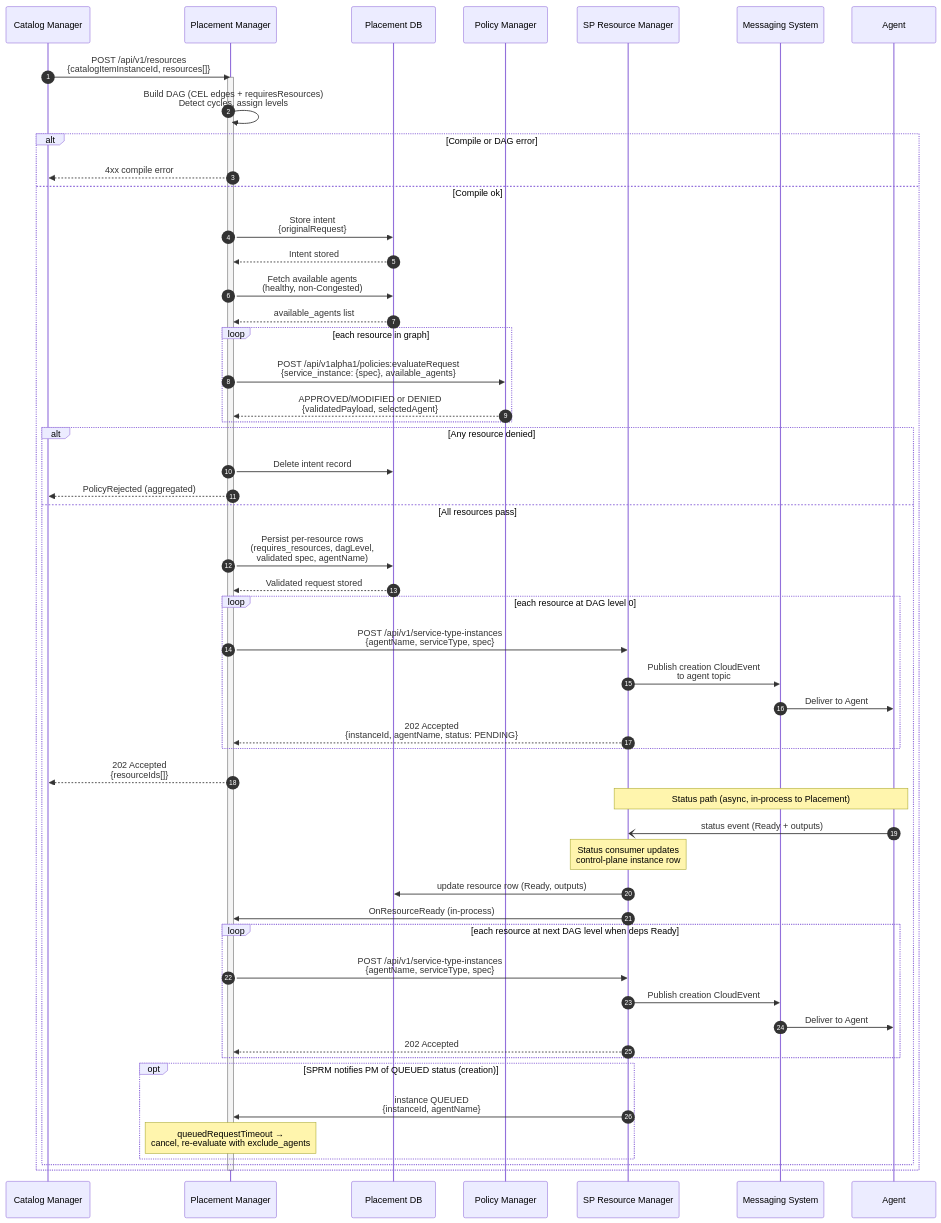
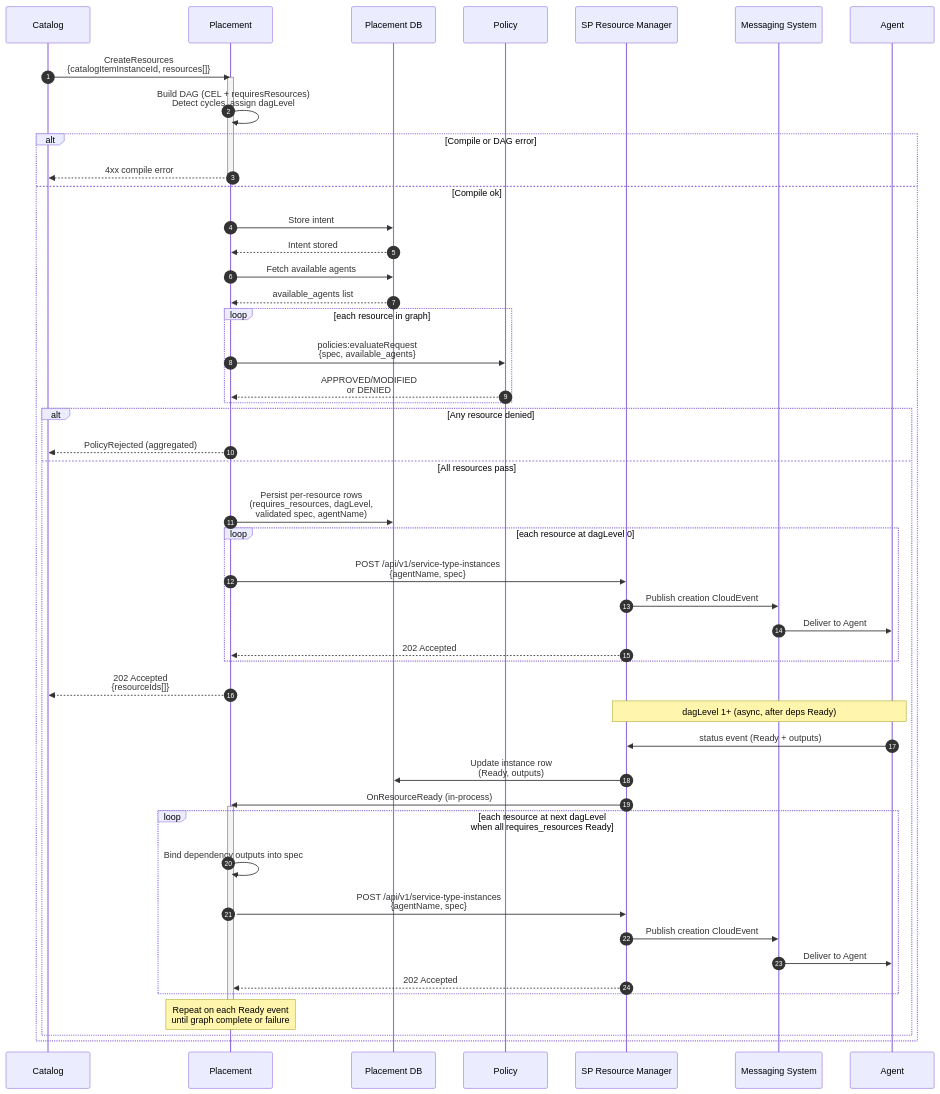
Before and after one commit to dcm-project/enhancements: the third of 4 diagrams in enhancements/placement-manager/placement-manager.md, drawn with Mermaid. The commit also changed other lines of this file, not shown here.

Commit message:
Update sequence diagram and future work Assisted-By: Cursor AI

````diff
--- a/enhancements/placement-manager/placement-manager.md
+++ b/enhancements/placement-manager/placement-manager.md
@@ -419,68 +497,66 @@
 ```mermaid
 sequenceDiagram
     autonumber
-    participant CM as Catalog Manager
-    participant PM as Placement Manager
+    participant CM as Catalog
+    participant PM as Placement
     participant DB as Placement DB
-    participant PE as Policy Manager
+    participant PE as Policy
     participant SPRM as SP Resource Manager
     participant MS as Messaging System
     participant AG as Agent
 
-    CM->>PM: POST /api/v1/resources<br/>{catalogItemInstanceId, resources[]}
+    CM->>PM: CreateResources<br/>{catalogItemInstanceId, resources[]}
     activate PM
 
-    PM->>PM: Build DAG (CEL edges + requiresResources)<br/>Detect cycles, assign levels
+    PM->>PM: Build DAG (CEL + requiresResources)<br/>Detect cycles, assign dagLevel
     alt Compile or DAG error
         PM-->>CM: 4xx compile error
+        deactivate PM
     else Compile ok
 
-        PM->>DB: Store intent<br/>{originalRequest}
+        PM->>DB: Store intent
         DB-->>PM: Intent stored
 
-        PM->>DB: Fetch available agents<br/>(healthy, non-Congested)
+        PM->>DB: Fetch available agents
         DB-->>PM: available_agents list
 
         loop each resource in graph
-            PM->>PE: POST /api/v1alpha1/policies:evaluateRequest<br/>{service_instance: {spec}, available_agents}
-            PE-->>PM: APPROVED/MODIFIED or DENIED<br/>{validatedPayload, selectedAgent}
+            PM->>PE: policies:evaluateRequest<br/>{spec, available_agents}
+            PE-->>PM: APPROVED/MODIFIED<br/> or DENIED
         end
 
         alt Any resource denied
-            PM->>DB: Delete intent record
             PM-->>CM: PolicyRejected (aggregated)
         else All resources pass
 
             PM->>DB: Persist per-resource rows<br/>(requires_resources, dagLevel,<br/> validated spec, agentName)
-            DB-->>PM: Validated request stored
 
-            loop each resource at DAG level 0
-                PM->>SPRM: POST /api/v1/service-type-instances<br/>{agentName, serviceType, spec}
-                SPRM->>MS: Publish creation CloudEvent<br/>to agent topic
-                MS->>AG: Deliver to Agent
-                SPRM-->>PM: 202 Accepted<br/>{instanceId, agentName, status: PENDING}
-            end
-
-            PM-->>CM: 202 Accepted<br/>{resourceIds[]}
-
-            Note over AG,SPRM: Status path (async, in-process to Placement)
-            AG-)SPRM: status event (Ready + outputs)
-            Note over SPRM: Status consumer updates<br/>control-plane instance row
-            SPRM->>DB: update resource row (Ready, outputs)
-            SPRM->>PM: OnResourceReady (in-process)
-
-            loop each resource at next DAG level when deps Ready
-                PM->>SPRM: POST /api/v1/service-type-instances<br/>{agentName, serviceType, spec}
+            loop each resource at dagLevel 0
+                PM->>SPRM: POST /api/v1/service-type-instances<br/>{agentName, spec}
                 SPRM->>MS: Publish creation CloudEvent
                 MS->>AG: Deliver to Agent
                 SPRM-->>PM: 202 Accepted
             end
 
-            opt SPRM notifies PM of QUEUED status (creation)
-                SPRM->>PM: instance QUEUED<br/>{instanceId, agentName}
-                Note over PM: queuedRequestTimeout →<br/>cancel, re-evaluate with exclude_agents
+            PM-->>CM: 202 Accepted<br/>{resourceIds[]}
+
+            Note over AG,SPRM: dagLevel 1+ (async, after deps Ready)
+
+            AG->>SPRM: status event (Ready + outputs)
+            SPRM->>DB: Update instance row<br/>(Ready, outputs)
+            SPRM->>PM: OnResourceReady (in-process)
+            activate PM
+
+            loop each resource at next dagLevel<br/>when all requires_resources Ready
+                PM->>PM: Bind dependency outputs into spec
+                PM->>SPRM: POST /api/v1/service-type-instances<br/>{agentName, spec}
+                SPRM->>MS: Publish creation CloudEvent
+                MS->>AG: Deliver to Agent
+                SPRM-->>PM: 202 Accepted
             end
+
+            Note over PM: Repeat on each Ready event<br/>until graph complete or failure
+            deactivate PM
         end
     end
-    deactivate PM
 ```
````
